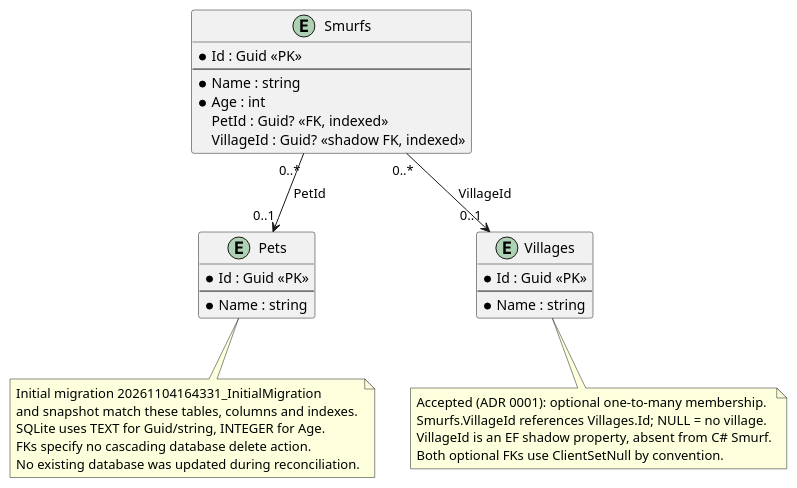
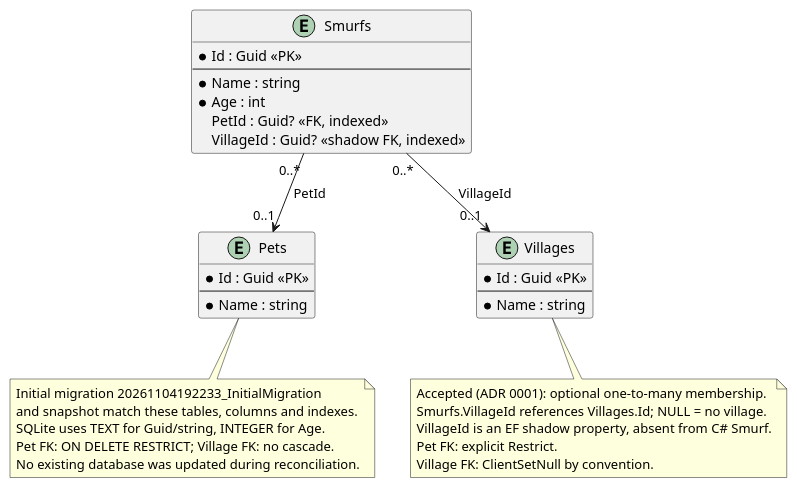
One commit to EbbeMeloSorensen/Smurfs changed the diagram in docs/structural/diagrams/persistence-model.puml. Above: the diagram before and after it, drawn with PlantUML. The commit also changed 14 other files, not shown here.

```diff
--- a/docs/structural/diagrams/persistence-model.puml
+++ b/docs/structural/diagrams/persistence-model.puml
@@ -1,37 +1,38 @@
 @startuml
 ' Current runtime model, regenerated initial migration and snapshot.
 hide methods
 entity "Smurfs" as SmurfTable {
   * Id : Guid <<PK>>
   --
   * Name : string
   * Age : int
   PetId : Guid? <<FK, indexed>>
   VillageId : Guid? <<shadow FK, indexed>>
 }
 entity "Pets" as PetTable {
   * Id : Guid <<PK>>
   --
   * Name : string
 }
 entity "Villages" as VillageTable {
   * Id : Guid <<PK>>
   --
   * Name : string
 }
 SmurfTable "0..*" --> "0..1" PetTable : PetId
 SmurfTable "0..*" --> "0..1" VillageTable : VillageId
 note bottom of VillageTable
   Accepted (ADR 0001): optional one-to-many membership.
   Smurfs.VillageId references Villages.Id; NULL = no village.
   VillageId is an EF shadow property, absent from C# Smurf.
-  Both optional FKs use ClientSetNull by convention.
+  Pet FK: explicit Restrict.
+  Village FK: ClientSetNull by convention.
 end note
 note bottom of PetTable
-  Initial migration 20261104164331_InitialMigration
+  Initial migration 20261104192233_InitialMigration
   and snapshot match these tables, columns and indexes.
   SQLite uses TEXT for Guid/string, INTEGER for Age.
-  FKs specify no cascading database delete action.
+  Pet FK: ON DELETE RESTRICT; Village FK: no cascade.
   No existing database was updated during reconciliation.
 end note
 @enduml
```
